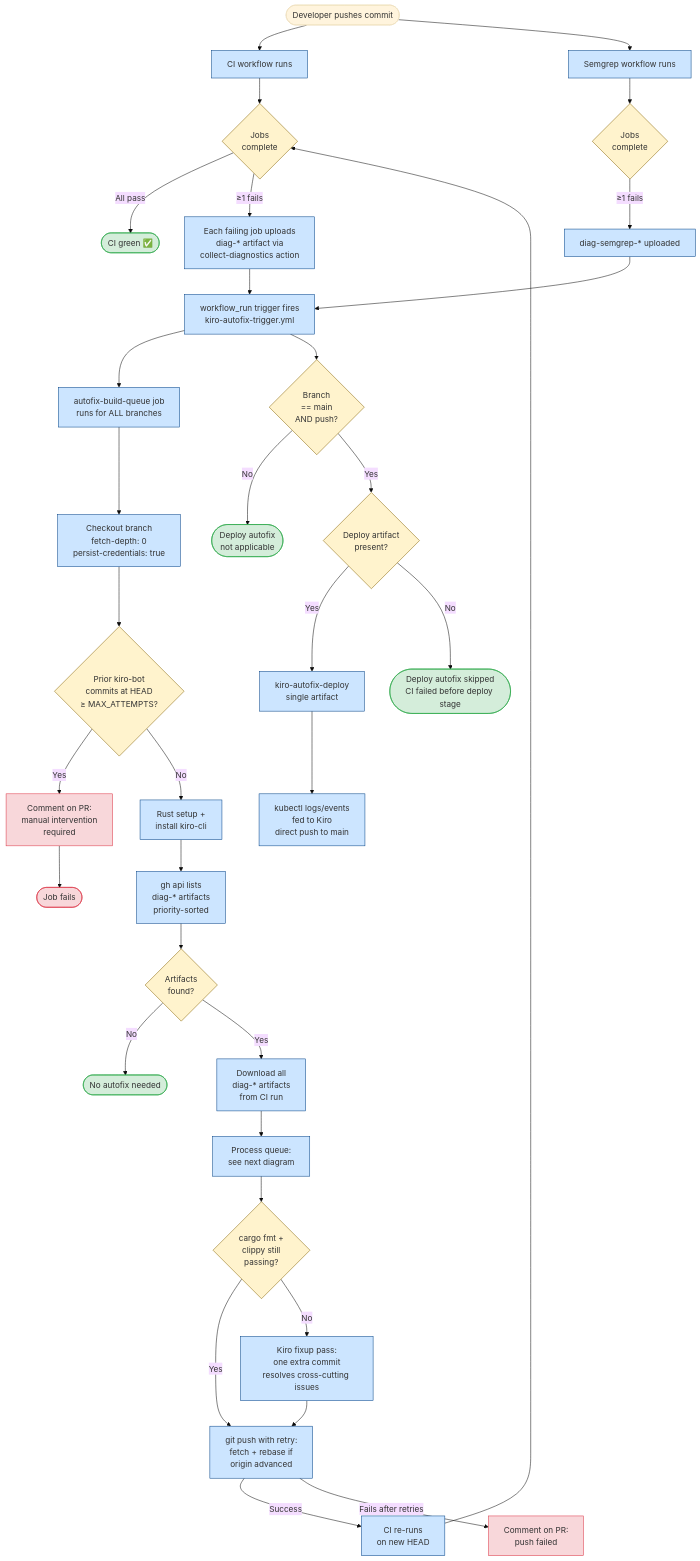
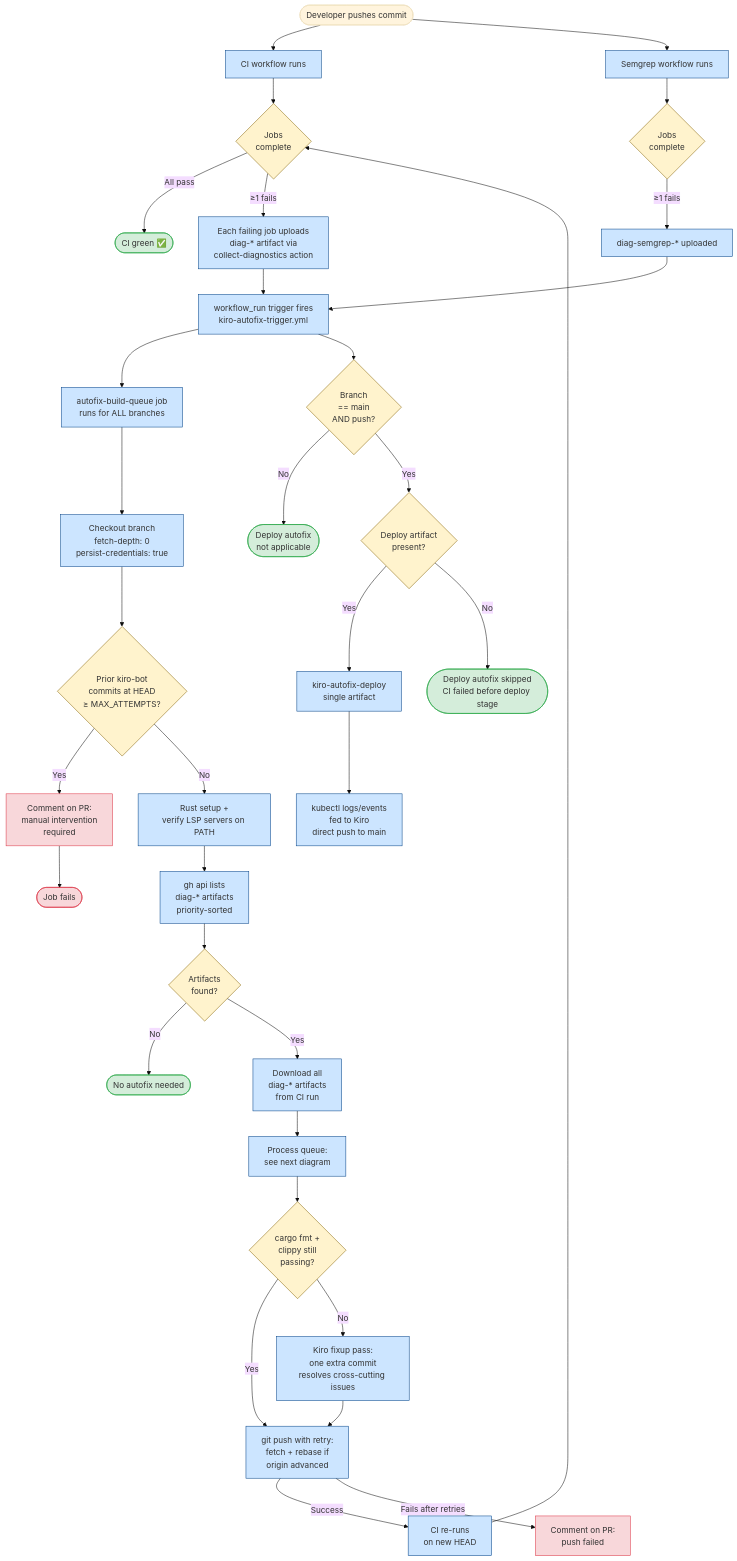
One commit to perezjoseph/Gestion-inmobiliaria changed the first of 4 diagrams in docs/kiro-autofix-flow.md. Above: the diagram before and after it, drawn with Mermaid (base theme). The commit also changed 7 other files, not shown here.

````diff
--- a/docs/kiro-autofix-flow.md
+++ b/docs/kiro-autofix-flow.md
@@ -10,62 +10,62 @@
 ```mermaid
 flowchart TD
     Start([Developer pushes commit]) --> CI[CI workflow runs]
     Start --> Semgrep[Semgrep workflow runs]
 
     CI --> CIJobs{Jobs<br/>complete}
     Semgrep --> SemgrepJobs{Jobs<br/>complete}
 
     CIJobs -->|All pass| Done([CI green ✅])
     CIJobs -->|≥1 fails| UploadCI[Each failing job uploads<br/>diag-* artifact via<br/>collect-diagnostics action]
     SemgrepJobs -->|≥1 fails| UploadSem[diag-semgrep-* uploaded]
 
     UploadCI --> Trigger
     UploadSem --> Trigger
 
     Trigger[workflow_run trigger fires<br/>kiro-autofix-trigger.yml]
     Trigger --> BuildQueue[autofix-build-queue job<br/>runs for ALL branches]
     Trigger --> MainCheck{Branch<br/>== main<br/>AND push?}
 
     MainCheck -->|No| NoDeployFix([Deploy autofix<br/>not applicable])
     MainCheck -->|Yes| DeployPrecheck{Deploy artifact<br/>present?}
     DeployPrecheck -->|Yes| DeployFix[kiro-autofix-deploy<br/>single artifact]
     DeployPrecheck -->|No| DeploySkip([Deploy autofix skipped<br/>CI failed before deploy stage])
 
     BuildQueue --> Checkout[Checkout branch<br/>fetch-depth: 0<br/>persist-credentials: true]
     Checkout --> CountAttempts{Prior kiro-bot<br/>commits at HEAD<br/>≥ MAX_ATTEMPTS?}
 
     CountAttempts -->|Yes| Notify[Comment on PR:<br/>manual intervention<br/>required]
     Notify --> Fail([Job fails])
 
-    CountAttempts -->|No| Setup[Rust setup +<br/>install kiro-cli]
+    CountAttempts -->|No| Setup[Rust setup +<br/>verify LSP servers on PATH]
     Setup --> ListArtifacts[gh api lists<br/>diag-* artifacts<br/>priority-sorted]
 
     ListArtifacts --> HasArtifacts{Artifacts<br/>found?}
     HasArtifacts -->|No| Skip([No autofix needed])
     HasArtifacts -->|Yes| Download[Download all<br/>diag-* artifacts<br/>from CI run]
 
     Download --> Loop[Process queue:<br/>see next diagram]
     Loop --> CumulativeVerify{cargo fmt +<br/>clippy still<br/>passing?}
 
     CumulativeVerify -->|Yes| Push
     CumulativeVerify -->|No| Fixup[Kiro fixup pass:<br/>one extra commit<br/>resolves cross-cutting issues]
     Fixup --> Push
 
     Push[git push with retry:<br/>fetch + rebase if<br/>origin advanced]
     Push -->|Success| NewCI[CI re-runs<br/>on new HEAD]
     Push -->|Fails after retries| PushFail[Comment on PR:<br/>push failed]
 
     NewCI --> CIJobs
 
     DeployFix --> KubeFix[kubectl logs/events<br/>fed to Kiro<br/>direct push to main]
 
     classDef success fill:#d4edda,stroke:#28a745
     classDef failure fill:#f8d7da,stroke:#dc3545
     classDef process fill:#cce5ff,stroke:#004085
     classDef decision fill:#fff3cd,stroke:#856404
 
     class Done,Skip,DeploySkip,NoDeployFix success
     class Fail,Notify,PushFail failure
     class CI,Semgrep,UploadCI,UploadSem,Trigger,Checkout,Setup,ListArtifacts,Download,Loop,Fixup,Push,NewCI,DeployFix,KubeFix,BuildQueue process
     class CIJobs,SemgrepJobs,MainCheck,CountAttempts,HasArtifacts,CumulativeVerify,DeployPrecheck decision
 ```
````
